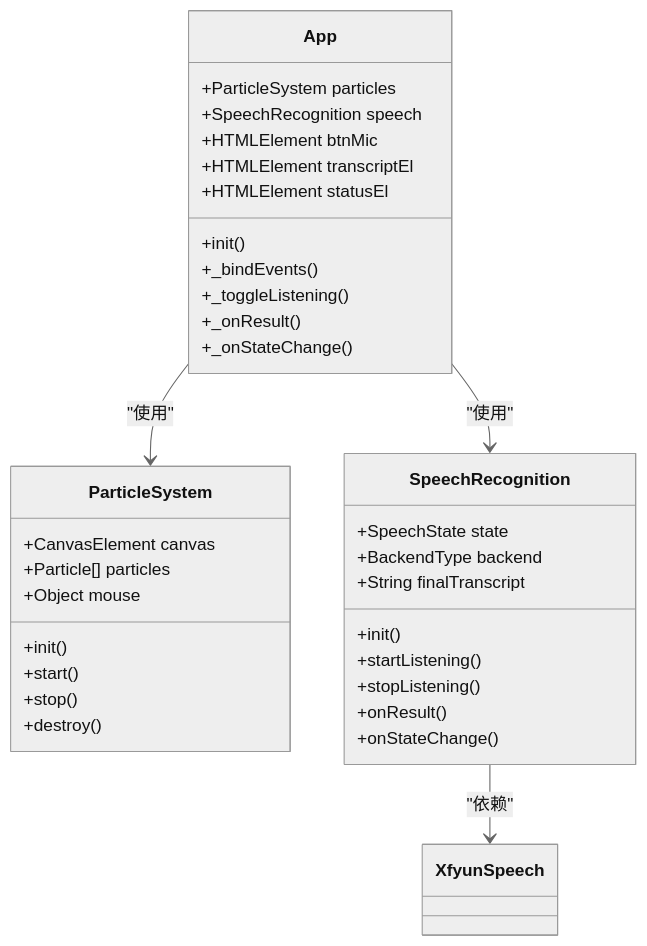
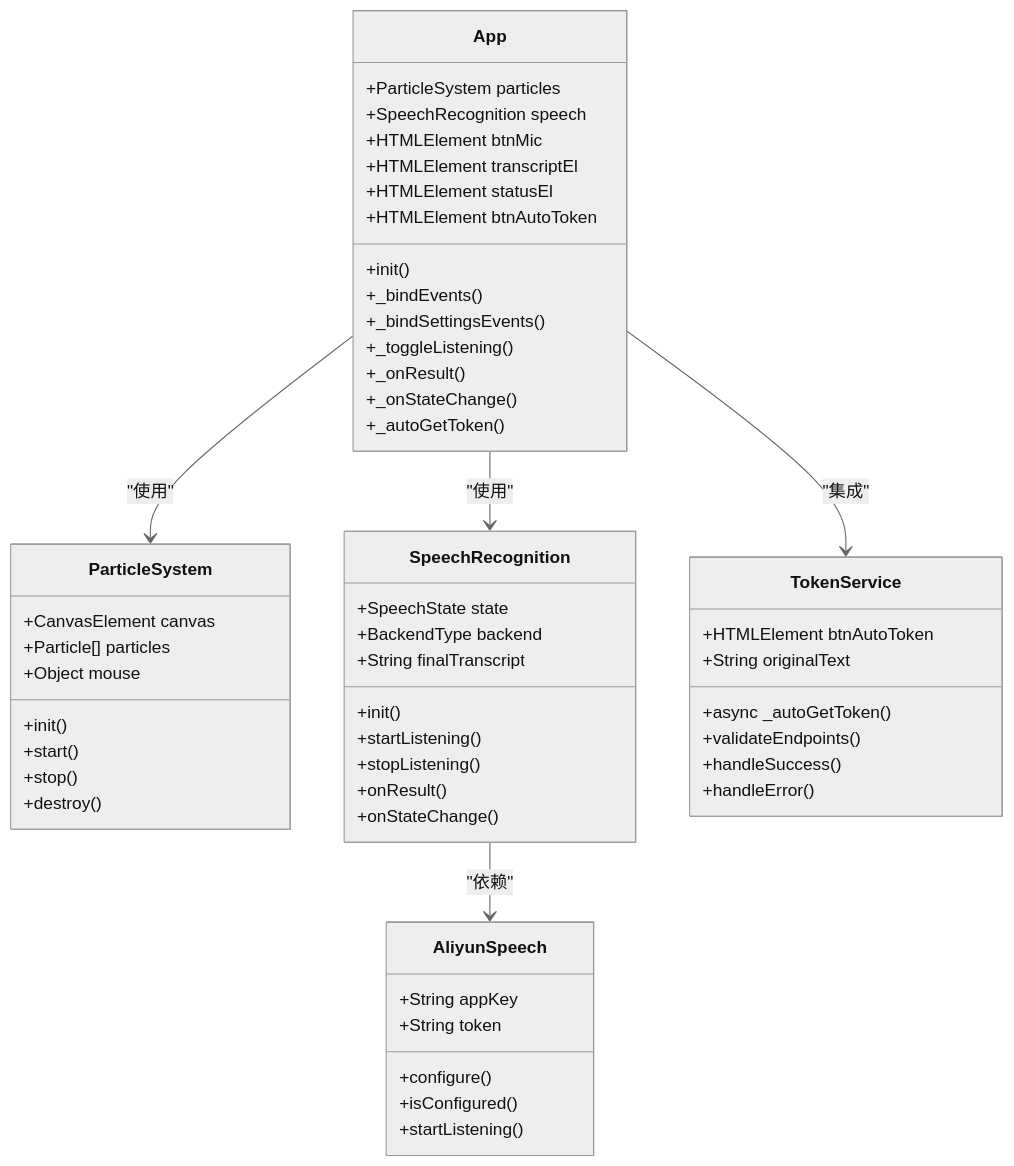
Before and after one commit to db300/MySpeechRecognition: the second of 7 diagrams in .qoder/repowiki/zh/content/用户界面设计.md, drawn with Mermaid (neutral theme). The commit also changed other lines of this file and 26 other files, not shown here.

````diff
--- a/.qoder/repowiki/zh/content/用户界面设计.md
+++ b/.qoder/repowiki/zh/content/用户界面设计.md
@@ -75,37 +94,56 @@
 ```mermaid
 classDiagram
 class App {
 +ParticleSystem particles
 +SpeechRecognition speech
 +HTMLElement btnMic
 +HTMLElement transcriptEl
 +HTMLElement statusEl
++HTMLElement btnAutoToken
 +init()
 +_bindEvents()
++_bindSettingsEvents()
 +_toggleListening()
 +_onResult()
 +_onStateChange()
++_autoGetToken()
 }
 class ParticleSystem {
 +CanvasElement canvas
 +Particle[] particles
 +Object mouse
 +init()
 +start()
 +stop()
 +destroy()
 }
 class SpeechRecognition {
 +SpeechState state
 +BackendType backend
 +String finalTranscript
 +init()
 +startListening()
 +stopListening()
 +onResult()
 +onStateChange()
 }
+class AliyunSpeech {
++String appKey
++String token
++configure()
++isConfigured()
++startListening()
+}
+class TokenService {
++HTMLElement btnAutoToken
++String originalText
++async _autoGetToken()
++validateEndpoints()
++handleSuccess()
++handleError()
+}
 App --> ParticleSystem : "使用"
 App --> SpeechRecognition : "使用"
-SpeechRecognition --> XfyunSpeech : "依赖"
+SpeechRecognition --> AliyunSpeech : "依赖"
+App --> TokenService : "集成"
 ```
````
